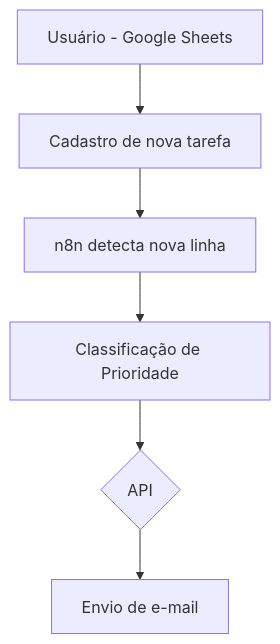
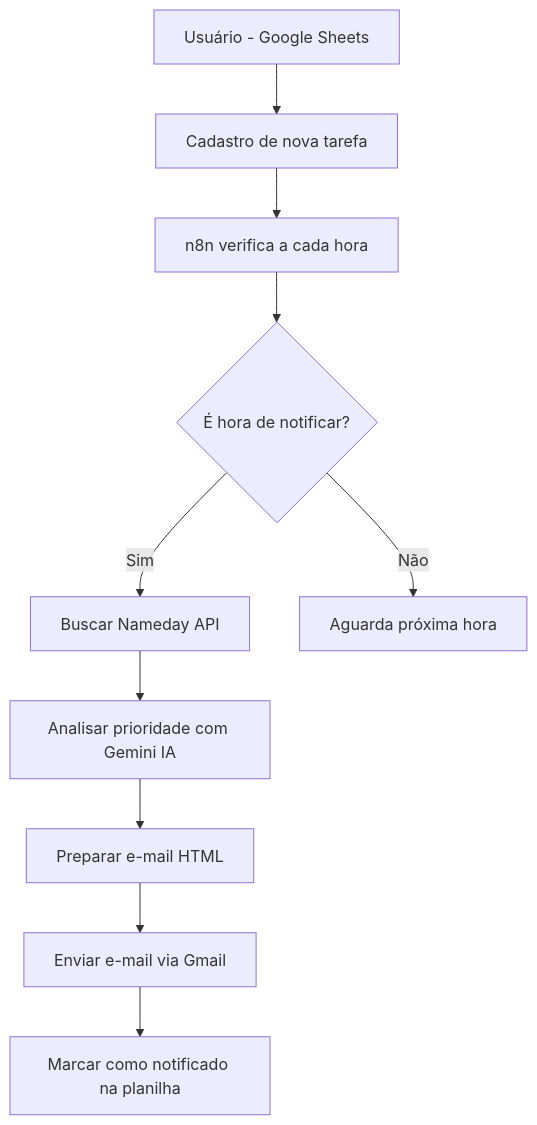
Before and after one commit to OtavioFelix-in/Controle-de-Tarefas: the diagram in README.md, drawn with Mermaid. The commit also changed other lines of this file, not shown here.

````diff
--- a/README.md
+++ b/README.md
@@ -20,8 +34,12 @@
 ```mermaid
 graph TD
-A[Usuário - Google Sheets] --> B[Cadastro de nova tarefa]
-B --> C[n8n detecta nova linha]
-C --> D[Classificação de Prioridade]
-D --> E{API}
-E --> G[Envio de e-mail]
+    A[Usuário - Google Sheets] --> B[Cadastro de nova tarefa]
+    B --> C[n8n verifica a cada hora]
+    C --> D{É hora de notificar?}
+    D -- Sim --> E[Buscar Nameday API]
+    D -- Não --> F[Aguarda próxima hora]
+    E --> G[Analisar prioridade com Gemini IA]
+    G --> H[Preparar e-mail HTML]
+    H --> I[Enviar e-mail via Gmail]
+    I --> J[Marcar como notificado na planilha]
 ```
````
